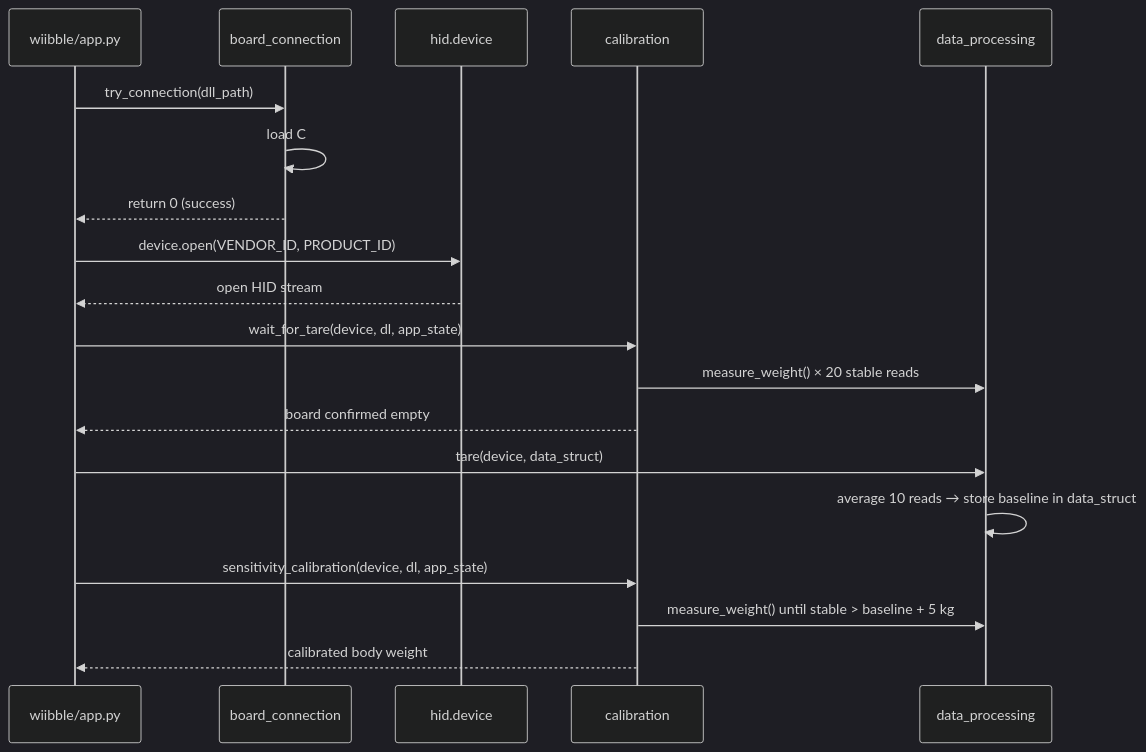
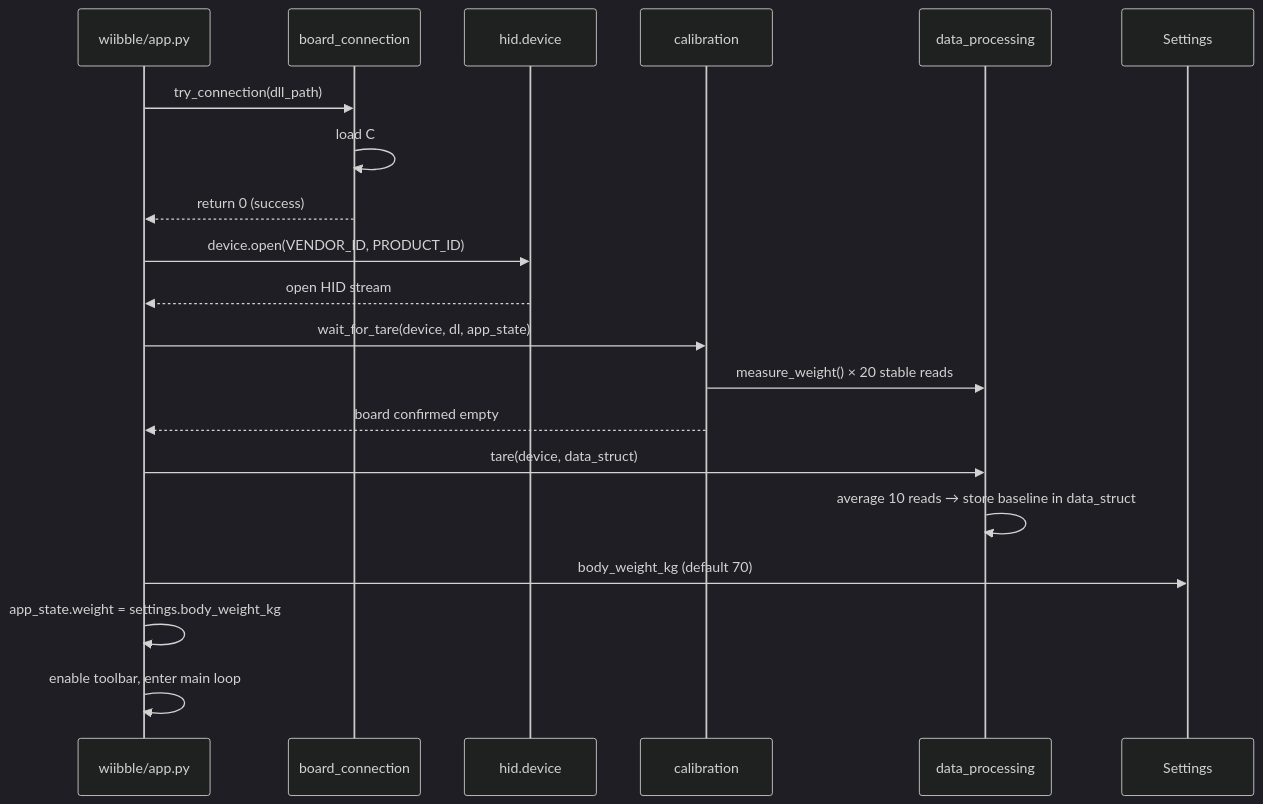
One commit to NeuroRehack/WIIBBLE changed the third of 6 diagrams in Docs/ARCHITECTURE.md. Above: the diagram before and after it, drawn with Mermaid (dark theme). The commit also changed other lines of this file and 12 other files, not shown here.

First line of the commit message:
feat(calibration):Add manual body weight settings and on-demand board calibration

````diff
--- a/Docs/ARCHITECTURE.md
+++ b/Docs/ARCHITECTURE.md
@@ -80,25 +80,26 @@
 ```mermaid
 sequenceDiagram
     participant app as wiibble/app.py
     participant bc as board_connection
     participant hid as hid.device
     participant calib as calibration
     participant dp as data_processing
+    participant settings as Settings
 
     app->>bc: try_connection(dll_path)
     bc->>bc: load C# DLL, Connect(), Disconnect()
     bc-->>app: return 0 (success)
     app->>hid: device.open(VENDOR_ID, PRODUCT_ID)
     hid-->>app: open HID stream
 
     app->>calib: wait_for_tare(device, dl, app_state)
     calib->>dp: measure_weight() × 20 stable reads
     calib-->>app: board confirmed empty
 
     app->>dp: tare(device, data_struct)
     dp->>dp: average 10 reads → store baseline in data_struct
 
-    app->>calib: sensitivity_calibration(device, dl, app_state)
-    calib->>dp: measure_weight() until stable > baseline + 5 kg
-    calib-->>app: calibrated body weight
+    app->>settings: body_weight_kg (default 70)
+    app->>app: app_state.weight = settings.body_weight_kg
+    app->>app: enable toolbar, enter main loop
 ```
````
